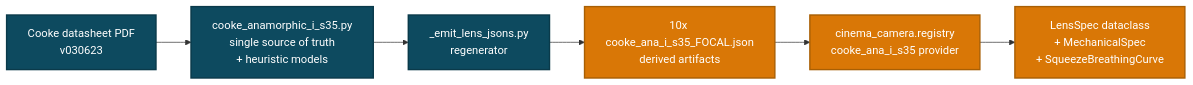
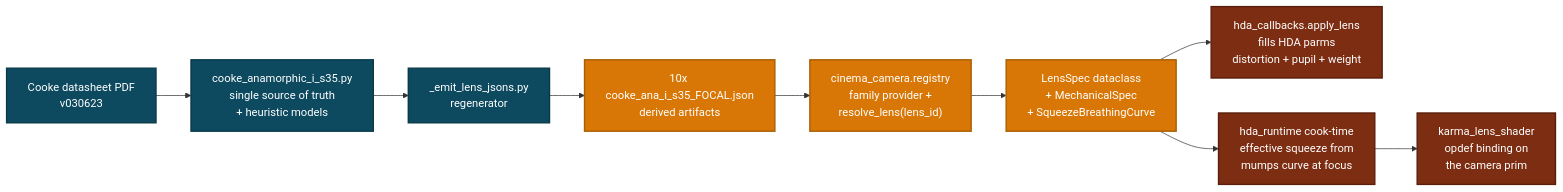
Before and after one commit to JosephOIbrahim/Houdini_Camera_Rig_System: the fourth of 4 diagrams in README.md, drawn with Mermaid. The commit also changed other lines of this file and 31 other files, not shown here.

First line of the commit message:
v3.4: Registry-wired rigs, real Karma lens shader, parented OBJ rig

````diff
--- a/README.md
+++ b/README.md
@@ -293,19 +297,27 @@
 ```mermaid
 flowchart LR
     PDF[Cooke datasheet PDF<br/>v030623]:::primary
     SRC[cooke_anamorphic_i_s35.py<br/>single source of truth<br/>+ heuristic models]:::primary
     EMIT[_emit_lens_jsons.py<br/>regenerator]:::primary
 
     JSON[10x cooke_ana_i_s35_FOCAL.json<br/>derived artifacts]:::accent
-    REG[cinema_camera.registry<br/>cooke_ana_i_s35 provider]:::accent
+    REG["cinema_camera.registry<br/>family provider +<br/>resolve_lens(lens_id)"]:::accent
     SPEC[LensSpec dataclass<br/>+ MechanicalSpec<br/>+ SqueezeBreathingCurve]:::accent
+
+    APPLY["hda_callbacks.apply_lens<br/>fills HDA parms<br/>distortion + pupil + weight"]:::consumer
+    COOK["hda_runtime cook-time<br/>effective squeeze from<br/>mumps curve at focus"]:::consumer
+    SHADER["karma_lens_shader<br/>opdef binding on<br/>the camera prim"]:::consumer
 
     PDF --> SRC
     SRC --> EMIT
     EMIT --> JSON
     JSON --> REG
     REG --> SPEC
+    SPEC --> APPLY
+    SPEC --> COOK
+    COOK --> SHADER
 
-    classDef primary fill:#0d4a5f,stroke:#0a3a4a,color:#fff,stroke-width:2px
-    classDef accent  fill:#d97706,stroke:#a85f04,color:#fff,stroke-width:2px
+    classDef primary  fill:#0d4a5f,stroke:#0a3a4a,color:#fff,stroke-width:2px
+    classDef accent   fill:#d97706,stroke:#a85f04,color:#fff,stroke-width:2px
+    classDef consumer fill:#7c2d12,stroke:#5a1f0c,color:#fff,stroke-width:2px
 ```
````
